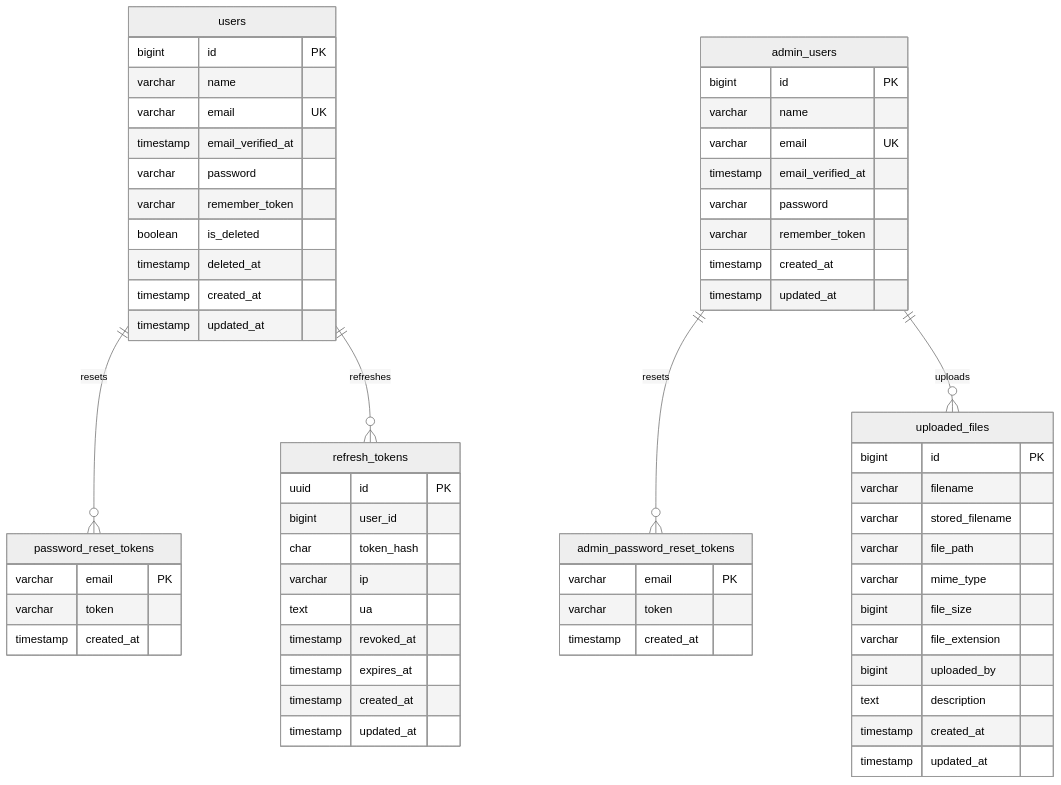
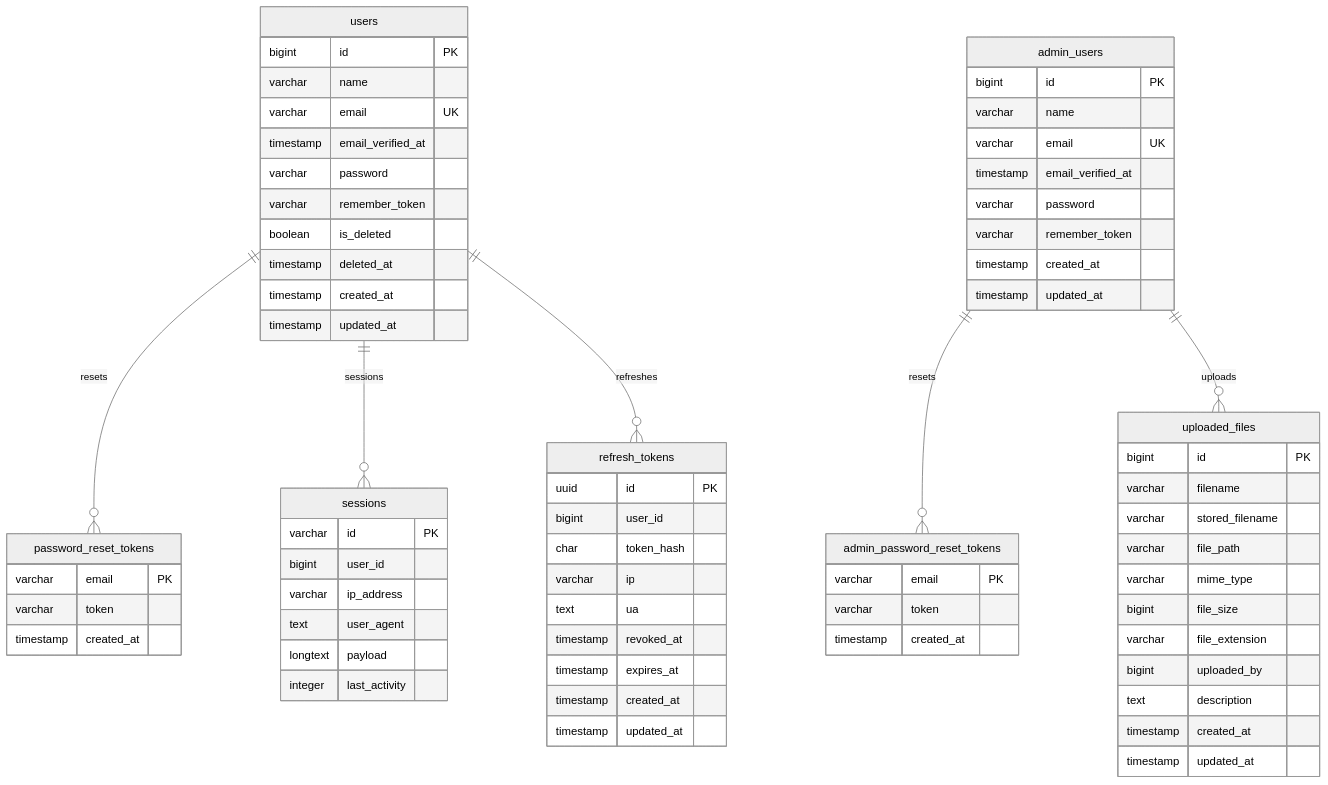
Before and after one commit to DesignSupply/startify-app: the second of 2 diagrams in .cursor/rules/app-overview.mdc, drawn with Mermaid (neutral theme).

Commit message:
[update] ドキュメント更新

````diff
--- a/.cursor/rules/app-overview.mdc
+++ b/.cursor/rules/app-overview.mdc
@@ -143,69 +143,79 @@
 ```mermaid
 erDiagram
     users {
         bigint id PK
         varchar name
         varchar email UK
         timestamp email_verified_at
         varchar password
         varchar remember_token
         boolean is_deleted
         timestamp deleted_at
         timestamp created_at
         timestamp updated_at
     }
 
     admin_users {
         bigint id PK
         varchar name
         varchar email UK
         timestamp email_verified_at
         varchar password
         varchar remember_token
         timestamp created_at
         timestamp updated_at
     }
 
     password_reset_tokens {
         varchar email PK
         varchar token
         timestamp created_at
     }
 
     admin_password_reset_tokens {
         varchar email PK
         varchar token
         timestamp created_at
     }
 
     uploaded_files {
         bigint id PK
         varchar filename
         varchar stored_filename
         varchar file_path
         varchar mime_type
         bigint file_size
         varchar file_extension
         bigint uploaded_by
         text description
         timestamp created_at
         timestamp updated_at
     }
 
+    sessions {
+        varchar id PK
+        bigint user_id
+        varchar ip_address
+        text user_agent
+        longtext payload
+        integer last_activity
+    }
+
     refresh_tokens {
         uuid id PK
         bigint user_id
         char token_hash
         varchar ip
         text ua
         timestamp revoked_at
         timestamp expires_at
         timestamp created_at
         timestamp updated_at
     }
 
     users ||--o{ password_reset_tokens : "resets"
     admin_users ||--o{ admin_password_reset_tokens : "resets"
     admin_users ||--o{ uploaded_files : "uploads"
+    users ||--o{ sessions : "sessions"
     users ||--o{ refresh_tokens : "refreshes"
 ```
````
